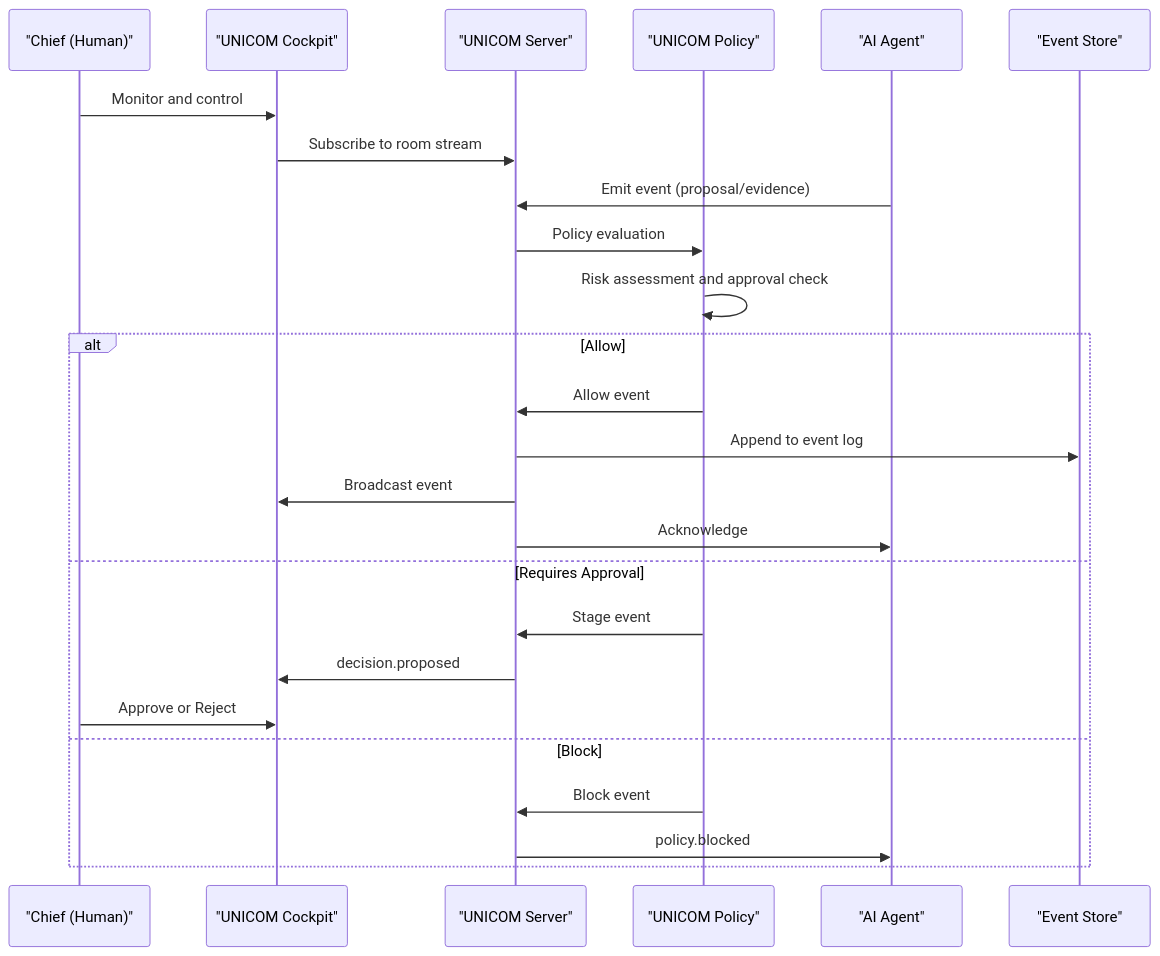
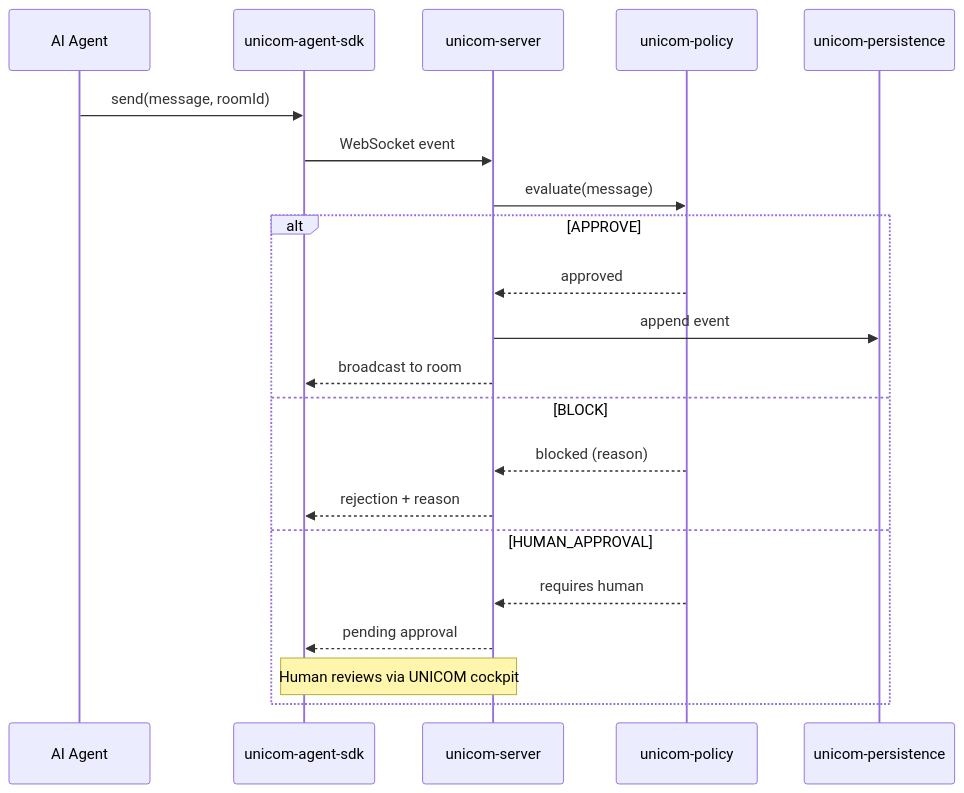
One commit to drclassy/monorepo-abyss changed the first of 3 diagrams in README.md. Above: the diagram before and after it, drawn with Mermaid. The commit also changed other lines of this file and 478 other files, not shown here.

````diff
--- a/README.md
+++ b/README.md
@@ -314,27 +226,24 @@
 ```mermaid
 sequenceDiagram
-    participant Chief as "Chief (Human)"
-    participant Cockpit as "UNICOM Cockpit"
-    participant Server as "UNICOM Server"
-    participant Policy as "UNICOM Policy"
-    participant Agent as "AI Agent"
-    participant Store as "Event Store"
-    Chief->>Cockpit: Monitor and control
-    Cockpit->>Server: Subscribe to room stream
-    Agent->>Server: Emit event (proposal/evidence)
-    Server->>Policy: Policy evaluation
-    Policy->>Policy: Risk assessment and approval check
-    alt Allow
-        Policy->>Server: Allow event
-        Server->>Store: Append to event log
-        Server->>Cockpit: Broadcast event
-        Server->>Agent: Acknowledge
-    else Requires Approval
-        Policy->>Server: Stage event
-        Server->>Cockpit: decision.proposed
-        Chief->>Cockpit: Approve or Reject
-    else Block
-        Policy->>Server: Block event
-        Server->>Agent: policy.blocked
+    participant Agent as AI Agent
+    participant SDK as unicom-agent-sdk
+    participant Server as unicom-server
+    participant Policy as unicom-policy
+    participant Store as unicom-persistence
+
+    Agent->>SDK: send(message, roomId)
+    SDK->>Server: WebSocket event
+    Server->>Policy: evaluate(message)
+    alt APPROVE
+        Policy-->>Server: approved
+        Server->>Store: append event
+        Server-->>SDK: broadcast to room
+    else BLOCK
+        Policy-->>Server: blocked (reason)
+        Server-->>SDK: rejection + reason
+    else HUMAN_APPROVAL
+        Policy-->>Server: requires human
+        Server-->>SDK: pending approval
+        Note over SDK,Server: Human reviews via UNICOM cockpit
     end
 ```
````
